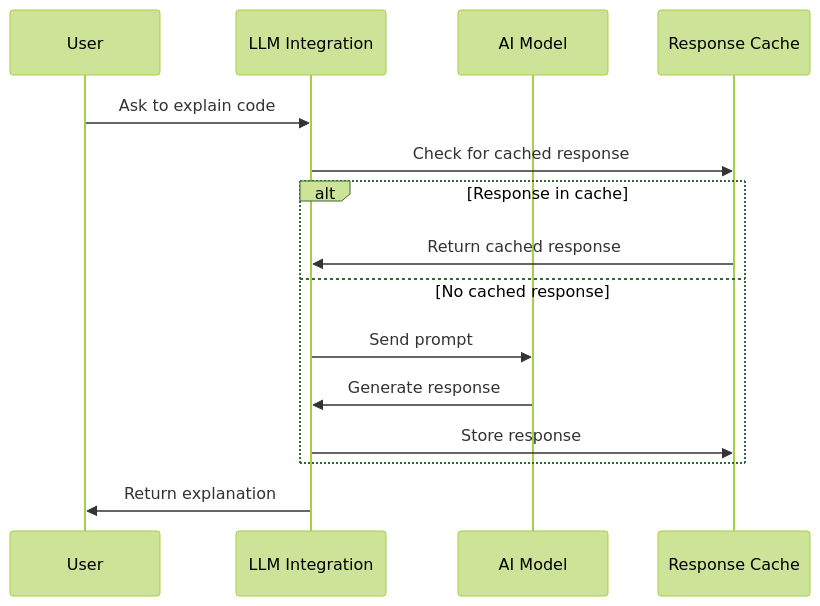
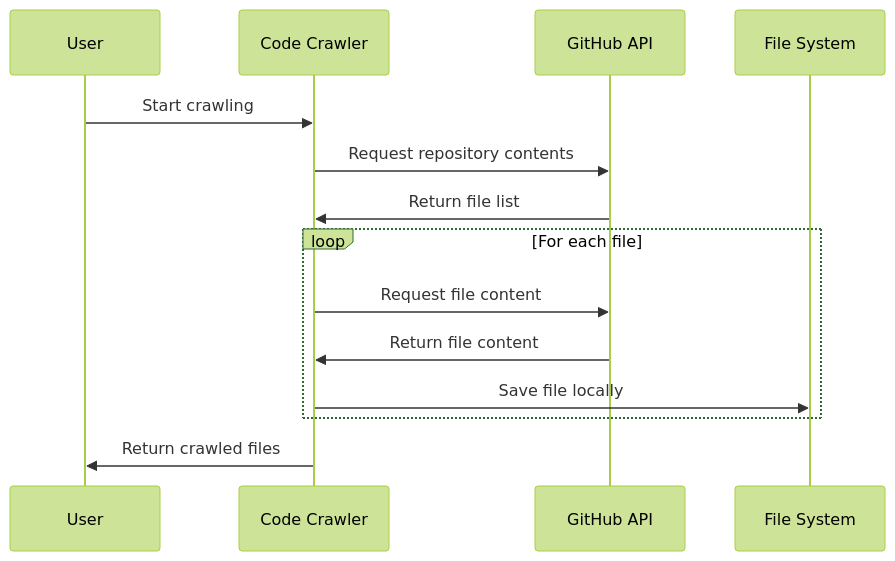
One commit to dygavieta/NewRepo changed the seventh of 9 diagrams in README.md. Above: the diagram before and after it, drawn with Mermaid (forest theme). The commit also changed other lines of this file, not shown here.

````diff
--- a/README.md
+++ b/README.md
@@ -603,18 +627,17 @@
 ```mermaid
 sequenceDiagram
-    participant User
-    participant LLM as LLM Integration
-    participant AI as AI Model
-    participant Cache as Response Cache
+    participant U as User
+    participant CC as Code Crawler
+    participant GH as GitHub API
+    participant F as File System
 
-    User->>LLM: Ask to explain code
-    LLM->>Cache: Check for cached response
-    alt Response in cache
-        Cache->>LLM: Return cached response
-    else No cached response
-        LLM->>AI: Send prompt
-        AI->>LLM: Generate response
-        LLM->>Cache: Store response
+    U->>CC: Start crawling
+    CC->>GH: Request repository contents
+    GH->>CC: Return file list
+    loop For each file
+        CC->>GH: Request file content
+        GH->>CC: Return file content
+        CC->>F: Save file locally
     end
-    LLM->>User: Return explanation
+    CC->>U: Return crawled files
 ```
````
